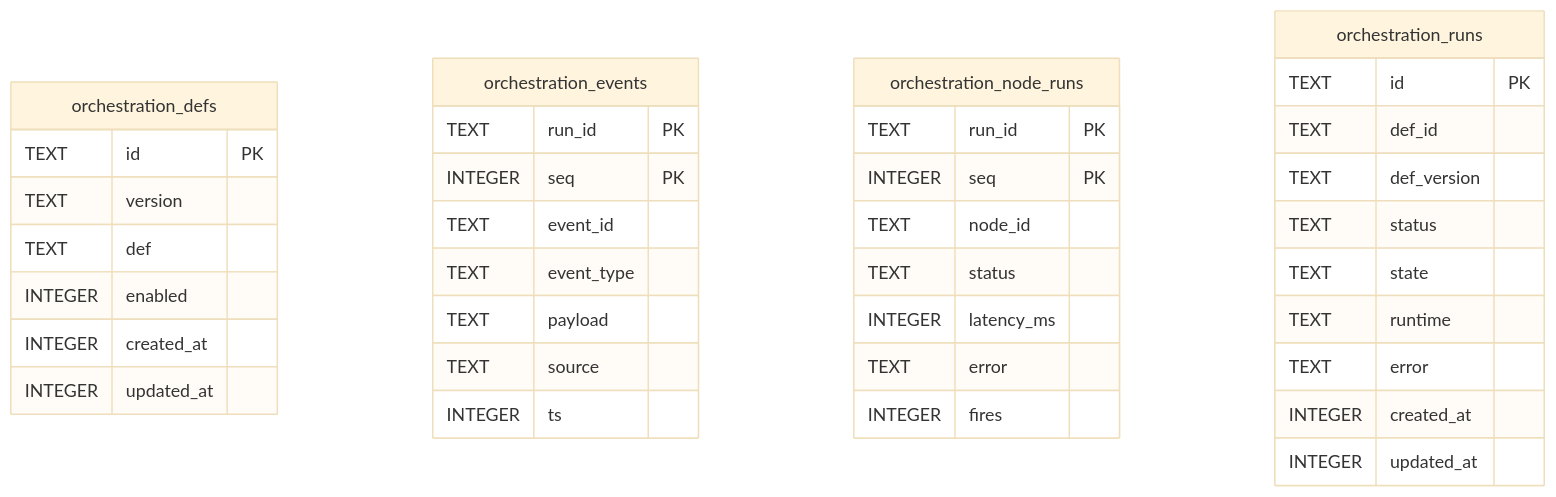
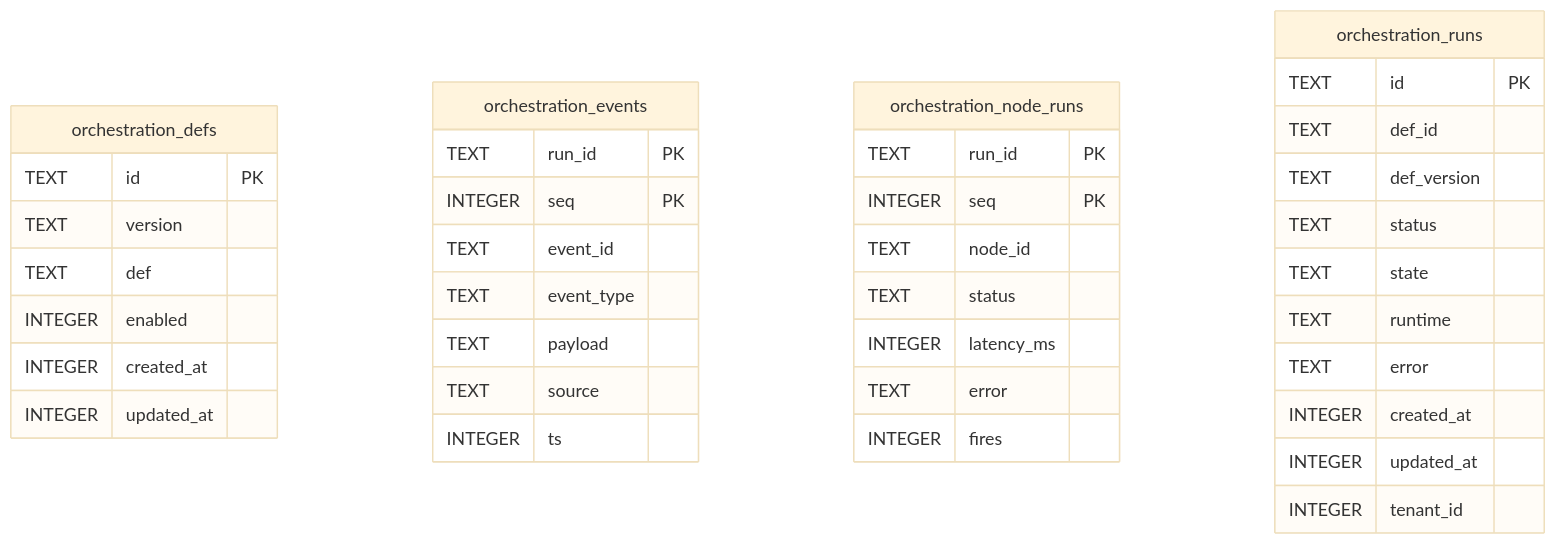
One commit to ktbhealth/docs changed the diagram in content/docs/pt-BR/developers/plugins/orchestrator/reference/schema.mmd. Above: the diagram before and after it, drawn with Mermaid (base theme). The commit also changed 7 other files, not shown here.

Commit message:
docs(erd): orchestration_runs.tenant_id — tenant-scoped runs (P-120)

```diff
--- a/content/docs/pt-BR/developers/plugins/orchestrator/reference/schema.mmd
+++ b/content/docs/pt-BR/developers/plugins/orchestrator/reference/schema.mmd
@@ -1,40 +1,41 @@
 erDiagram
 
 
 "orchestration_defs" {
   TEXT id PK
   TEXT version
   TEXT def
   INTEGER enabled
   INTEGER created_at
   INTEGER updated_at
 }
 "orchestration_events" {
   TEXT run_id PK
   INTEGER seq PK
   TEXT event_id
   TEXT event_type
   TEXT payload
   TEXT source
   INTEGER ts
 }
 "orchestration_node_runs" {
   TEXT run_id PK
   INTEGER seq PK
   TEXT node_id
   TEXT status
   INTEGER latency_ms
   TEXT error
   INTEGER fires
 }
 "orchestration_runs" {
   TEXT id PK
   TEXT def_id
   TEXT def_version
   TEXT status
   TEXT state
   TEXT runtime
   TEXT error
   INTEGER created_at
   INTEGER updated_at
+  INTEGER tenant_id
 }
```
